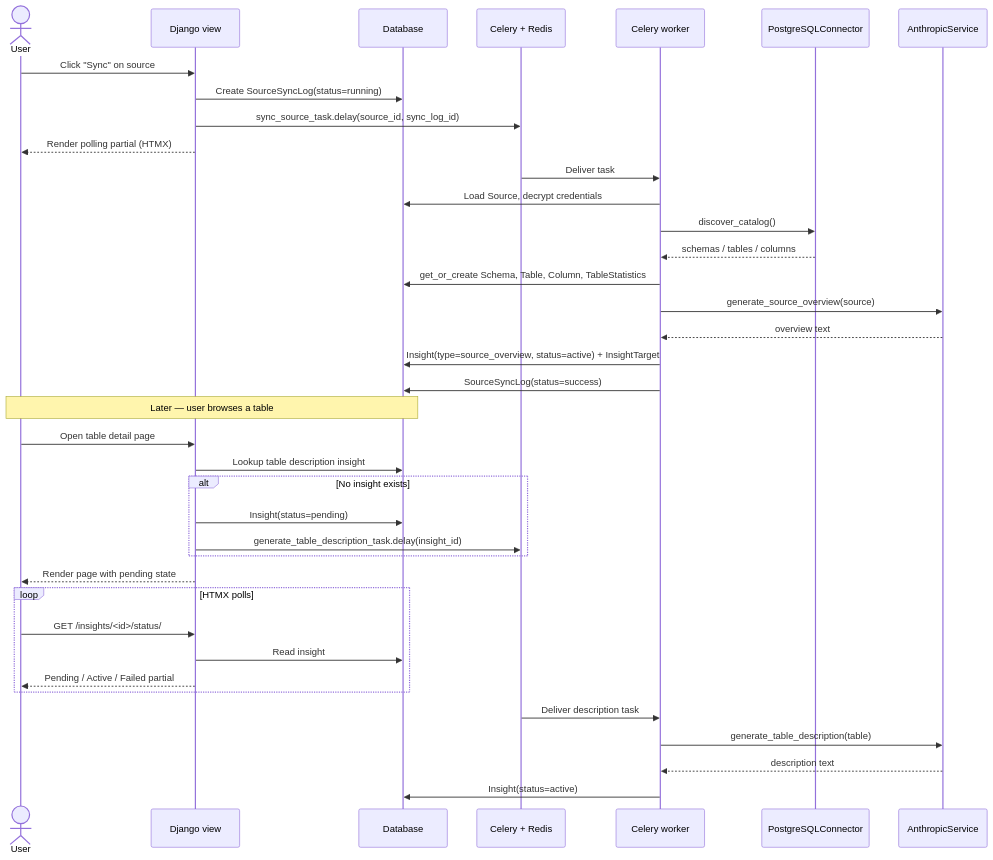
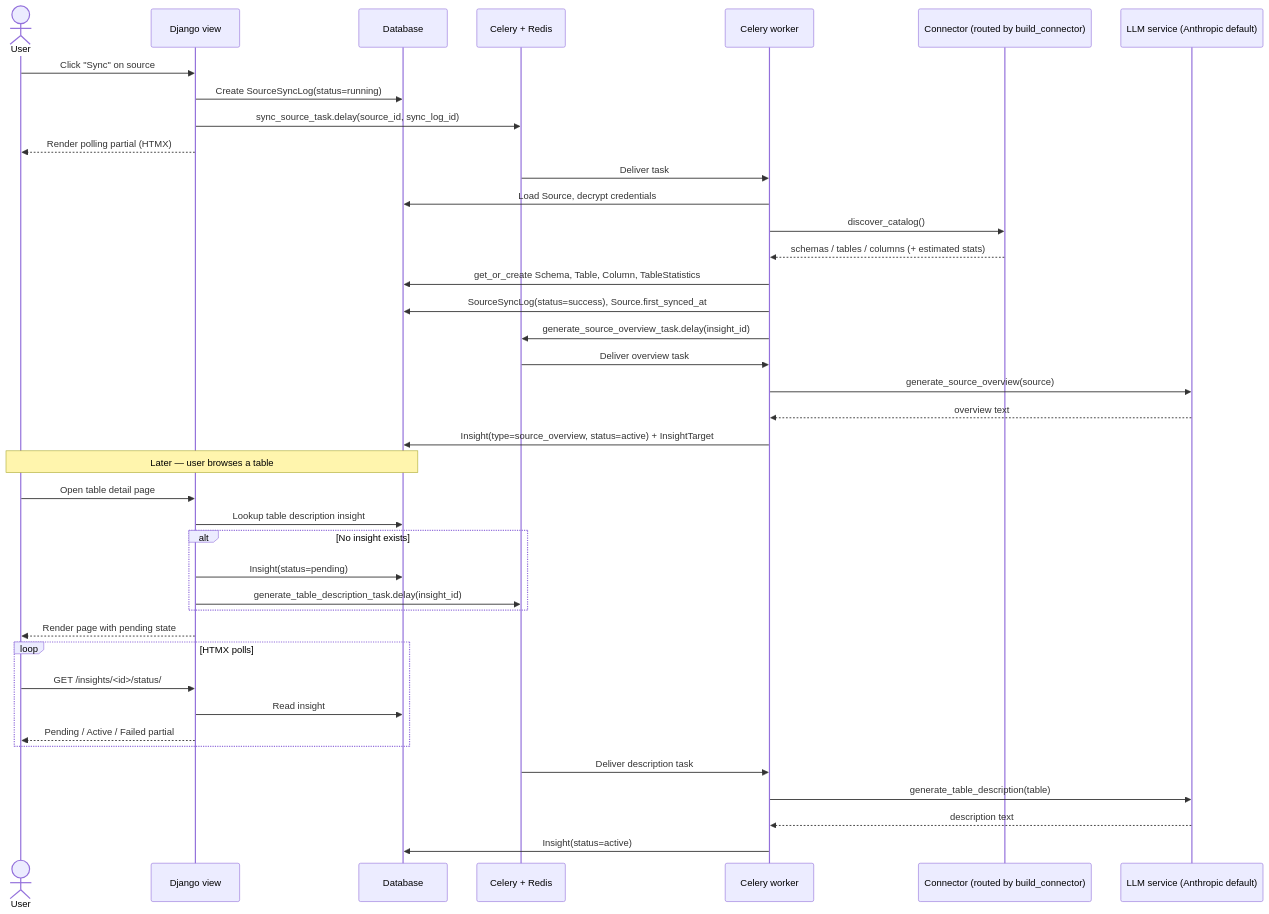
The second of 3 diagrams in README.md (brayden-s-haws/Flint), drawn with Mermaid before and after one commit. The commit also changed other lines of this file and 6 other files, not shown here.

Commit message:
Remove unused "memory" folder and its files (MEMORY.md, project_mvp_status.md). Update README.md to document app statuses, demo mode, Airbyte-backed sources, major patterns, and sync processes. Add missing views and workflows to architecture diagrams.

````diff
--- a/README.md
+++ b/README.md
@@ -82,43 +122,45 @@
 ```mermaid
 sequenceDiagram
     actor User
     participant View as Django view
     participant DB as Database
     participant Q as Celery + Redis
     participant Worker as Celery worker
-    participant Conn as PostgreSQLConnector
-    participant LLM as AnthropicService
+    participant Conn as Connector (routed by build_connector)
+    participant LLM as LLM service (Anthropic default)
 
     User->>View: Click "Sync" on source
     View->>DB: Create SourceSyncLog(status=running)
     View->>Q: sync_source_task.delay(source_id, sync_log_id)
     View-->>User: Render polling partial (HTMX)
     Q->>Worker: Deliver task
     Worker->>DB: Load Source, decrypt credentials
     Worker->>Conn: discover_catalog()
-    Conn-->>Worker: schemas / tables / columns
+    Conn-->>Worker: schemas / tables / columns (+ estimated stats)
     Worker->>DB: get_or_create Schema, Table, Column, TableStatistics
+    Worker->>DB: SourceSyncLog(status=success), Source.first_synced_at
+    Worker->>Q: generate_source_overview_task.delay(insight_id)
+    Q->>Worker: Deliver overview task
     Worker->>LLM: generate_source_overview(source)
     LLM-->>Worker: overview text
     Worker->>DB: Insight(type=source_overview, status=active) + InsightTarget
-    Worker->>DB: SourceSyncLog(status=success)
 
     Note over User,DB: Later — user browses a table
 
     User->>View: Open table detail page
     View->>DB: Lookup table description insight
     alt No insight exists
         View->>DB: Insight(status=pending)
         View->>Q: generate_table_description_task.delay(insight_id)
     end
     View-->>User: Render page with pending state
     loop HTMX polls
         User->>View: GET /insights/<id>/status/
         View->>DB: Read insight
         View-->>User: Pending / Active / Failed partial
     end
     Q->>Worker: Deliver description task
     Worker->>LLM: generate_table_description(table)
     LLM-->>Worker: description text
     Worker->>DB: Insight(status=active)
 ```
````
